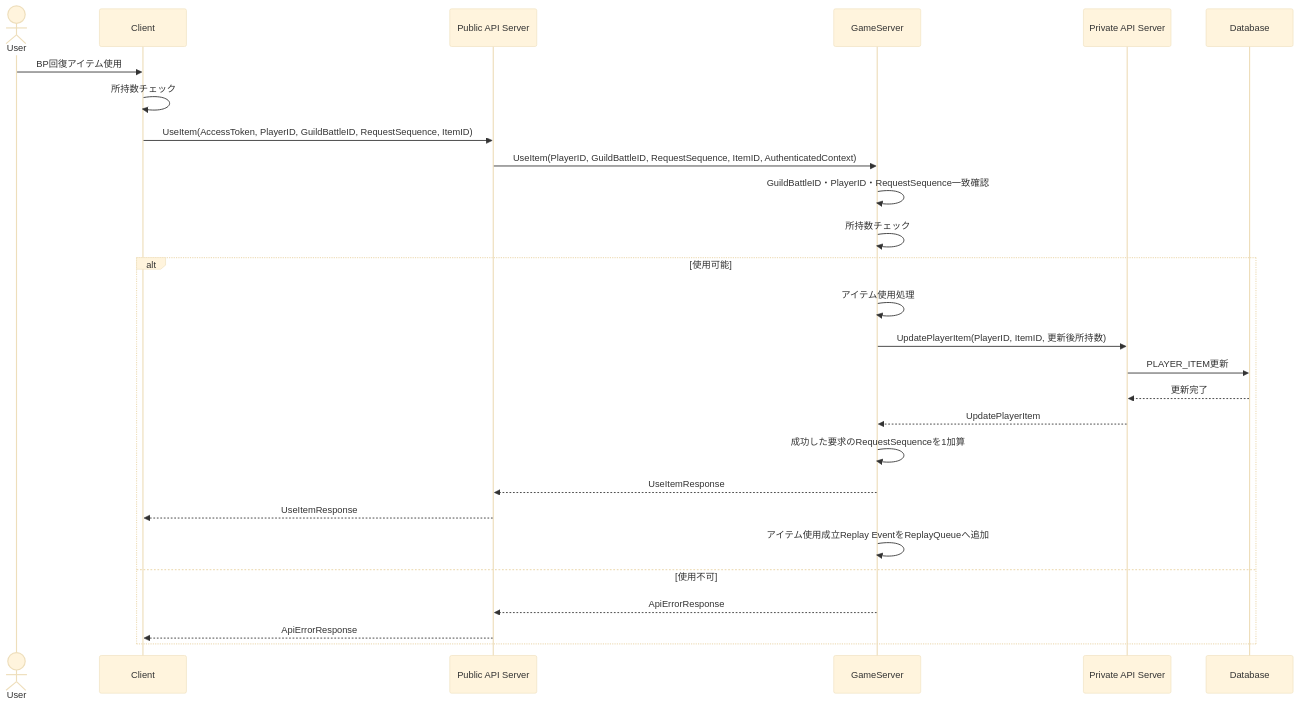
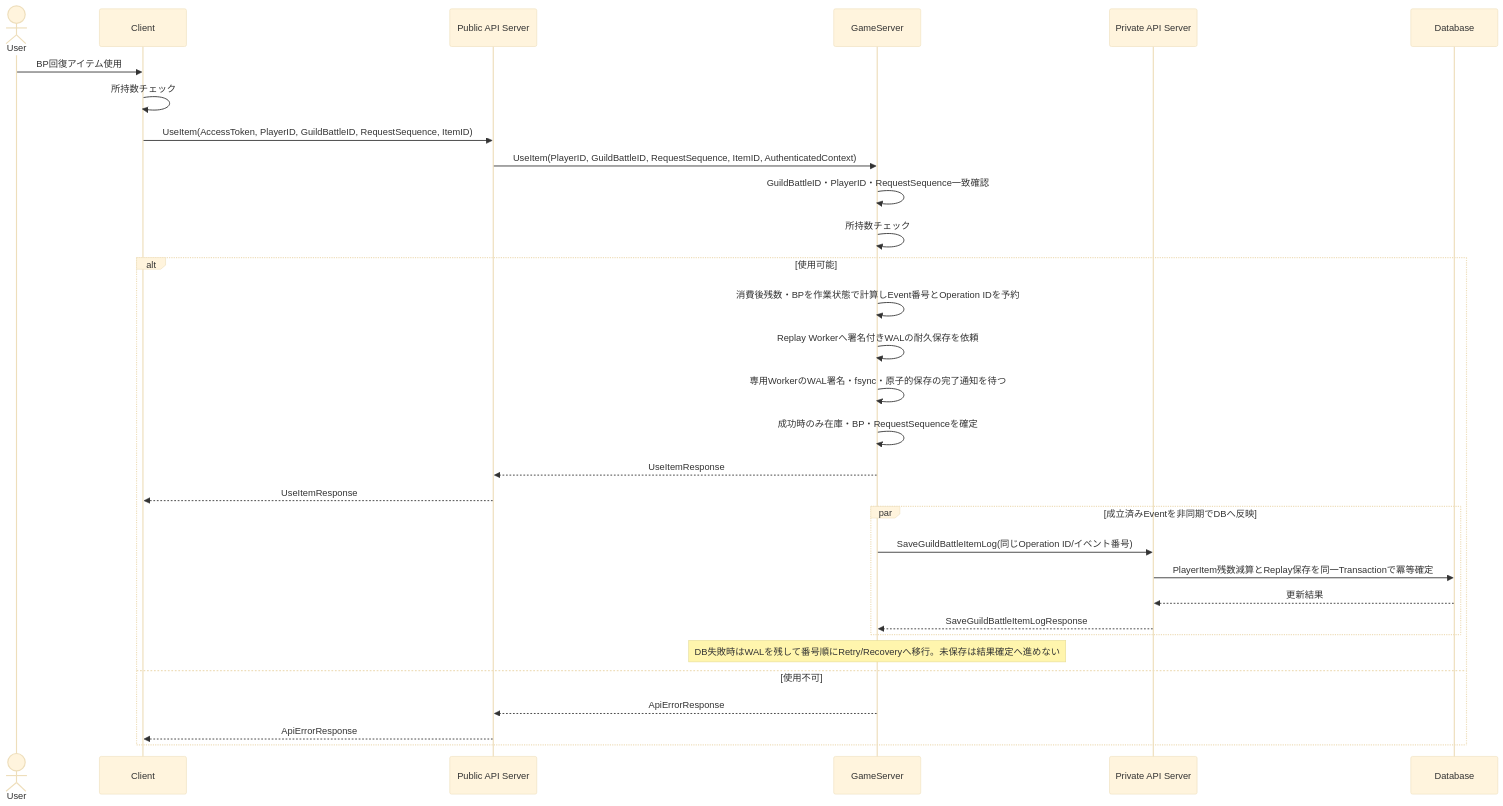
The seventh of 14 diagrams in design/server/guild_battle.md (ReHydrangeaOdyssey/Specifications), drawn with Mermaid (base theme) before and after one commit. The commit also changed other lines of this file and 25 other files, not shown here.

````diff
--- a/design/server/guild_battle.md
+++ b/design/server/guild_battle.md
@@ -407,34 +407,37 @@
 ```mermaid
 sequenceDiagram
     actor User
     participant Client
     participant PublicAPIServer as Public API Server
     participant GameServer
     participant PrivateAPIServer as Private API Server
     participant Database
 
     User->>Client: BP回復アイテム使用
     Client->>Client: 所持数チェック
     Client->>PublicAPIServer: UseItem(AccessToken, PlayerID, GuildBattleID, RequestSequence, ItemID)
     PublicAPIServer->>GameServer: UseItem(PlayerID, GuildBattleID, RequestSequence, ItemID, AuthenticatedContext)
 
     GameServer->>GameServer: GuildBattleID・PlayerID・RequestSequence一致確認
     GameServer->>GameServer: 所持数チェック
 
     alt 使用可能
-        GameServer->>GameServer: アイテム使用処理
-        GameServer->>PrivateAPIServer: UpdatePlayerItem(PlayerID, ItemID, 更新後所持数)
-        PrivateAPIServer->>Database: PLAYER_ITEM更新
-        Database-->>PrivateAPIServer: 更新完了
-        PrivateAPIServer-->>GameServer: UpdatePlayerItem
-        GameServer->>GameServer: 成功した要求のRequestSequenceを1加算
+        GameServer->>GameServer: 消費後残数・BPを作業状態で計算しEvent番号とOperation IDを予約
+        GameServer->>GameServer: Replay Workerへ署名付きWALの耐久保存を依頼
+        GameServer->>GameServer: 専用WorkerのWAL署名・fsync・原子的保存の完了通知を待つ
+        GameServer->>GameServer: 成功時のみ在庫・BP・RequestSequenceを確定
         GameServer-->>PublicAPIServer: UseItemResponse
         PublicAPIServer-->>Client: UseItemResponse
-
-        GameServer ->> GameServer: アイテム使用成立Replay EventをReplayQueueへ追加
+        par 成立済みEventを非同期でDBへ反映
+            GameServer->>PrivateAPIServer: SaveGuildBattleItemLog(同じOperation ID/イベント番号)
+            PrivateAPIServer->>Database: PlayerItem残数減算とReplay保存を同一Transactionで冪等確定
+            Database-->>PrivateAPIServer: 更新結果
+            PrivateAPIServer-->>GameServer: SaveGuildBattleItemLogResponse
+        end
+        Note over GameServer: DB失敗時はWALを残して番号順にRetry/Recoveryへ移行。未保存は結果確定へ進めない
     else 使用不可
         GameServer-->>PublicAPIServer: ApiErrorResponse
         PublicAPIServer-->>Client: ApiErrorResponse
     end
 
 ```
````
